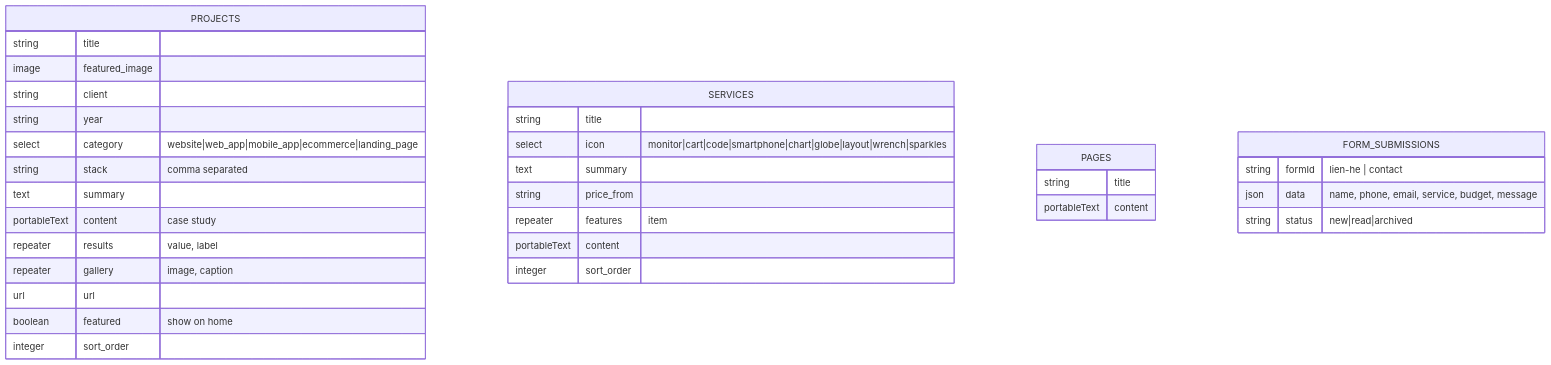
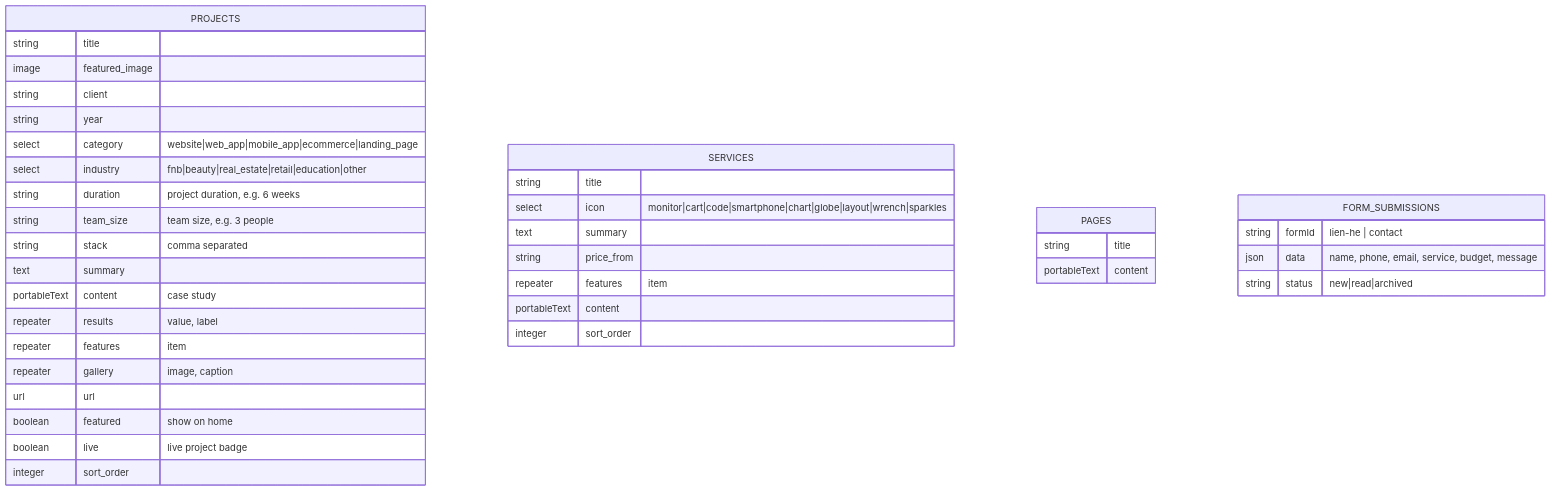
One commit to TanNgo11/ctstack changed the fifth of 6 diagrams in docs/architecture.md. Above: the diagram before and after it, drawn with Mermaid. The commit also changed 7 other files, not shown here.

Commit message:
feat(projects): add industry filters and project facts

````diff
--- a/docs/architecture.md
+++ b/docs/architecture.md
@@ -154,36 +154,41 @@
 ```mermaid
 erDiagram
     PROJECTS {
         string title
         image featured_image
         string client
         string year
         select category "website|web_app|mobile_app|ecommerce|landing_page"
+        select industry "fnb|beauty|real_estate|retail|education|other"
+        string duration "project duration, e.g. 6 weeks"
+        string team_size "team size, e.g. 3 people"
         string stack "comma separated"
         text summary
         portableText content "case study"
         repeater results "value, label"
+        repeater features "item"
         repeater gallery "image, caption"
         url url
         boolean featured "show on home"
+        boolean live "live project badge"
         integer sort_order
     }
     SERVICES {
         string title
         select icon "monitor|cart|code|smartphone|chart|globe|layout|wrench|sparkles"
         text summary
         string price_from
         repeater features "item"
         portableText content
         integer sort_order
     }
     PAGES {
         string title
         portableText content
     }
     FORM_SUBMISSIONS {
         string formId "lien-he | contact"
         json data "name, phone, email, service, budget, message"
         string status "new|read|archived"
     }
 ```
````
